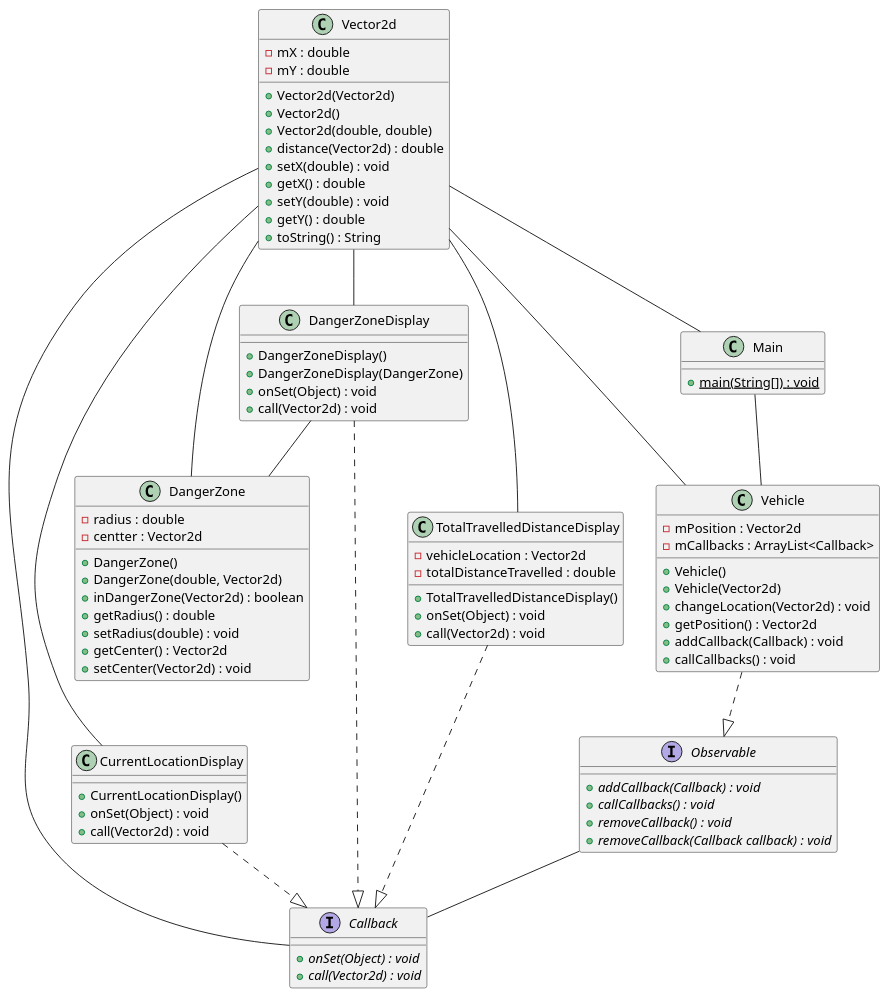
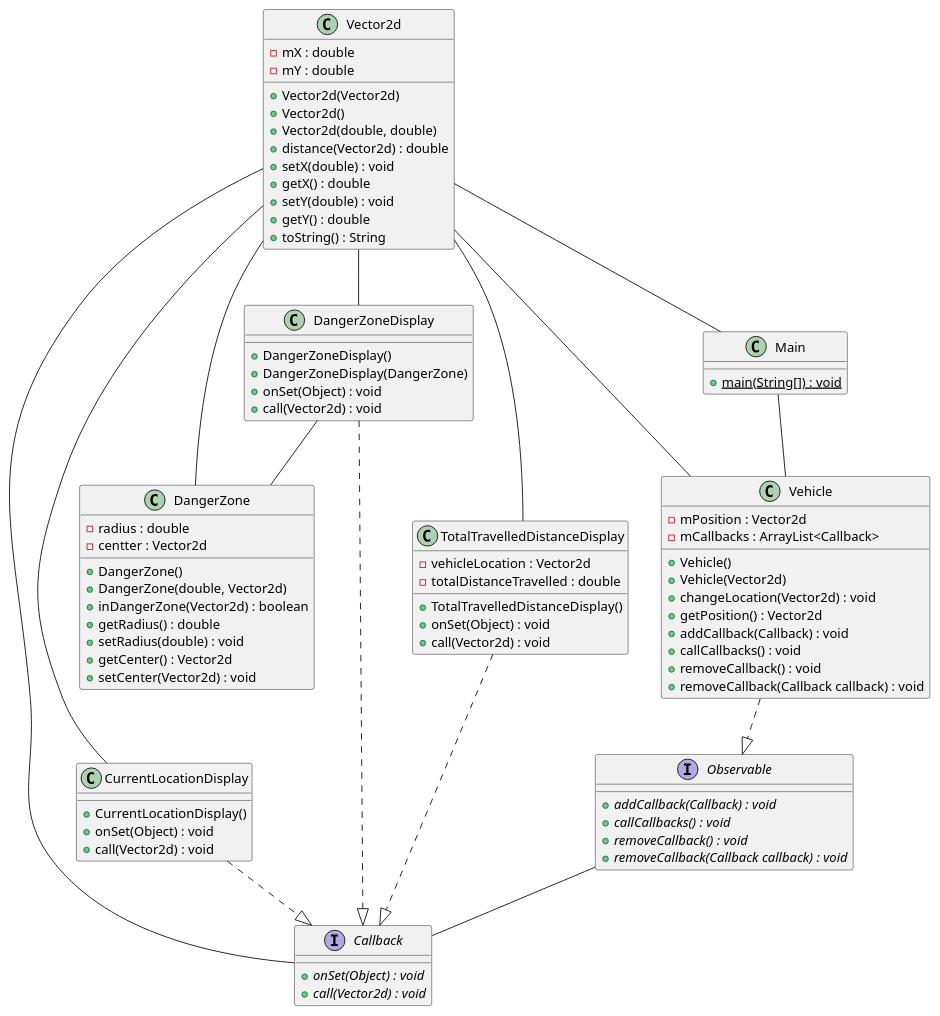
Before and after one commit to Schtuffs/VehicleTracker: the diagram in classDiagram.puml, drawn with PlantUML.

```diff
--- a/classDiagram.puml
+++ b/classDiagram.puml
@@ -1,94 +1,96 @@
 @startuml Vehicle
 
 interface Callback {
     + {abstract} onSet(Object) : void
     + {abstract} call(Vector2d) : void
 }
 
 class CurrentLocationDisplay {
     + CurrentLocationDisplay()
     + onSet(Object) : void
     + call(Vector2d) : void
 }
 
 class DangerZone {
     - radius : double
     - centter : Vector2d
     + DangerZone()
     + DangerZone(double, Vector2d)
     + inDangerZone(Vector2d) : boolean
     + getRadius() : double
     + setRadius(double) : void
     + getCenter() : Vector2d
     + setCenter(Vector2d) : void
 }
 
 class DangerZoneDisplay {
     + DangerZoneDisplay()
     + DangerZoneDisplay(DangerZone)
     + onSet(Object) : void
     + call(Vector2d) : void
 }
 
 interface Observable {
     + {abstract} addCallback(Callback) : void
     + {abstract} callCallbacks() : void
     + {abstract} removeCallback() : void
     + {abstract} removeCallback(Callback callback) : void
 }
 
 class TotalTravelledDistanceDisplay {
     - vehicleLocation : Vector2d
     - totalDistanceTravelled : double
     + TotalTravelledDistanceDisplay()
     + onSet(Object) : void
     + call(Vector2d) : void
 }
 
 class Vector2d {
     - mX : double
     - mY : double
     + Vector2d(Vector2d)
     + Vector2d()
     + Vector2d(double, double)
     + distance(Vector2d) : double
     + setX(double) : void
     + getX() : double
     + setY(double) : void
     + getY() : double
     + toString() : String
 }
 
 class Vehicle {
     - mPosition : Vector2d
     - mCallbacks : ArrayList<Callback>
     + Vehicle()
     + Vehicle(Vector2d)
     + changeLocation(Vector2d) : void
     + getPosition() : Vector2d
     + addCallback(Callback) : void
     + callCallbacks() : void
+    + removeCallback() : void
+    + removeCallback(Callback callback) : void
 }
 
 class Main {
     + {static} main(String[]) : void
 }
 
 Observable -- Callback
 Main -- Vehicle
 
 Vehicle ..|> Observable
 TotalTravelledDistanceDisplay ..|> Callback
 DangerZoneDisplay -- DangerZone
 DangerZoneDisplay ..|> Callback
 CurrentLocationDisplay ..|> Callback
 
 Vector2d -- Vehicle
 Vector2d -- TotalTravelledDistanceDisplay
 Vector2d -- Main
 Vector2d -- DangerZoneDisplay
 Vector2d -- DangerZone
 Vector2d -- CurrentLocationDisplay
 Vector2d -- Callback
 
 @enduml
```
